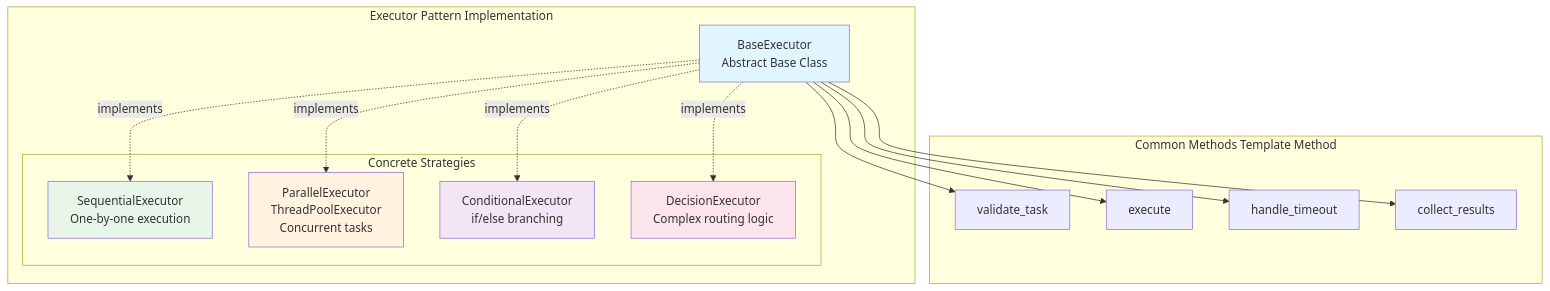
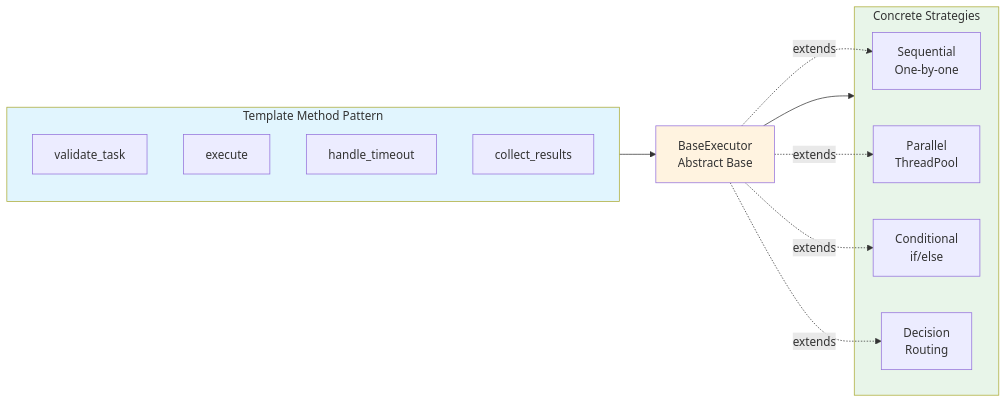
One commit to bastelbude1/Tasker changed the fifth of 8 diagrams in ARCHITECTURE_MERMAID.md. Above: the diagram before and after it, drawn with Mermaid.

First paragraph of the commit message:
docs: Optimize Execution Strategy Pattern layout in ARCHITECTURE_MERMAID.md
Reorganized the Execution Strategy Pattern diagram for better space utilization
and improved visual flow:

````diff
--- a/ARCHITECTURE_MERMAID.md
+++ b/ARCHITECTURE_MERMAID.md
@@ -247,36 +247,30 @@
 ```mermaid
-graph TB
-    subgraph Pattern["Executor Pattern Implementation"]
-        Base[BaseExecutor<br/>Abstract Base Class]
-
-        subgraph Strategies["Concrete Strategies"]
-            Seq[SequentialExecutor<br/>One-by-one execution]
-            Par[ParallelExecutor<br/>ThreadPoolExecutor<br/>Concurrent tasks]
-            Cond[ConditionalExecutor<br/>if/else branching]
-            Dec[DecisionExecutor<br/>Complex routing logic]
-        end
-
-        Base -.implements.-> Seq
-        Base -.implements.-> Par
-        Base -.implements.-> Cond
-        Base -.implements.-> Dec
+graph LR
+    subgraph Template["Template Method Pattern"]
+        Validate[validate_task]
+        Execute[execute]
+        Timeout[handle_timeout]
+        Collect[collect_results]
     end
 
-    subgraph Common["Common Methods Template Method"]
-        Validate[validate_task]
-        Execute[execute]
-        HandleTimeout[handle_timeout]
-        CollectResults[collect_results]
+    Base[BaseExecutor<br/>Abstract Base]
+
+    subgraph Strategies["Concrete Strategies"]
+        Seq[Sequential<br/>One-by-one]
+        Par[Parallel<br/>ThreadPool]
+        Cond[Conditional<br/>if/else]
+        Dec[Decision<br/>Routing]
     end
 
-    Base --> Validate
-    Base --> Execute
-    Base --> HandleTimeout
-    Base --> CollectResults
+    Template --> Base
+    Base --> Strategies
 
-    style Base fill:#e1f5fe
-    style Seq fill:#e8f5e9
-    style Par fill:#fff3e0
-    style Cond fill:#f3e5f5
-    style Dec fill:#fce4ec
+    Base -.extends.-> Seq
+    Base -.extends.-> Par
+    Base -.extends.-> Cond
+    Base -.extends.-> Dec
+
+    style Template fill:#e1f5fe
+    style Base fill:#fff3e0
+    style Strategies fill:#e8f5e9
 ```
````
